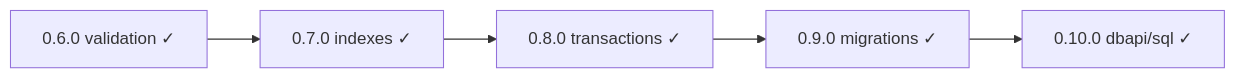
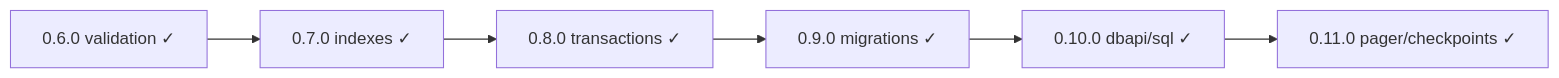
Before and after one commit to eddiethedean/typra: the diagram in ROADMAP.md, drawn with Mermaid. The commit also changed other lines of this file and 14 other files, not shown here.

````diff
--- a/ROADMAP.md
+++ b/ROADMAP.md
@@ -46,9 +46,10 @@
 ```mermaid
 flowchart LR
   v060["0.6.0 validation ✓"]
   v070["0.7.0 indexes ✓"]
   v080["0.8.0 transactions ✓"]
   v090["0.9.0 migrations ✓"]
   v100["0.10.0 dbapi/sql ✓"]
-  v060 --> v070 --> v080 --> v090 --> v100
+  v110["0.11.0 pager/checkpoints ✓"]
+  v060 --> v070 --> v080 --> v090 --> v100 --> v110
 ```
````
